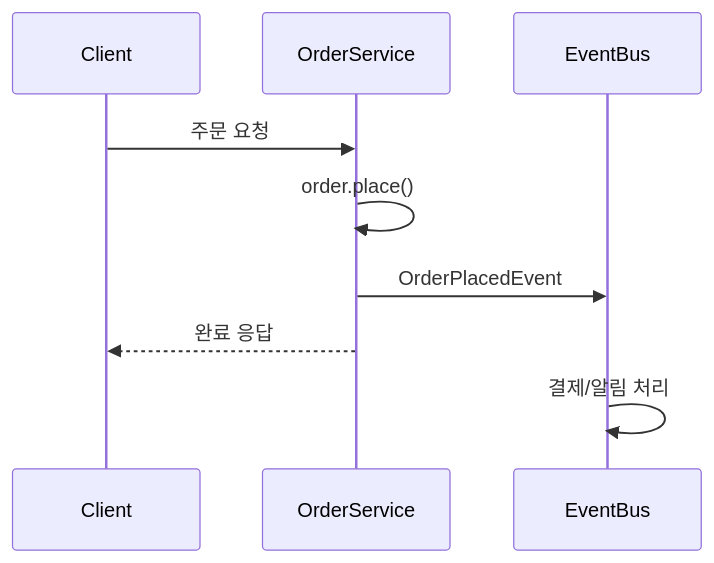
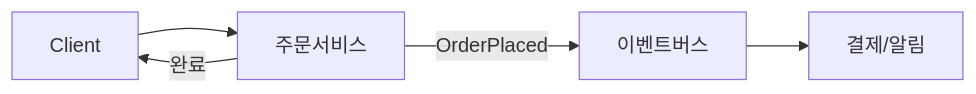
The sixth of 7 diagrams in _posts/architecture/2026-05-01-ddd.md (yjkim2015/yjkim2015.github.io), drawn with Mermaid before and after one commit. The commit also changed 163 other files, not shown here.

First line of the commit message:
Mermaid 300개 블록 내용 축소: 5노드 5엣지 이하, 의미 있는 약어

````diff
--- a/_posts/architecture/2026-05-01-ddd.md
+++ b/_posts/architecture/2026-05-01-ddd.md
@@ -293,11 +293,7 @@
 ```mermaid
-sequenceDiagram
-    participant C as Client
-    participant OS as OrderService
-    participant EB as EventBus
-    C->>OS: 주문 요청
-    OS->>OS: order.place()
-    OS->>EB: OrderPlacedEvent
-    OS-->>C: 완료 응답
-    EB->>EB: 결제/알림 처리
+graph LR
+    C["Client"] --> OS["주문서비스"]
+    OS -->|"OrderPlaced"| EB["이벤트버스"]
+    OS -->|"완료"| C
+    EB --> PAY["결제/알림"]
 ```
````
